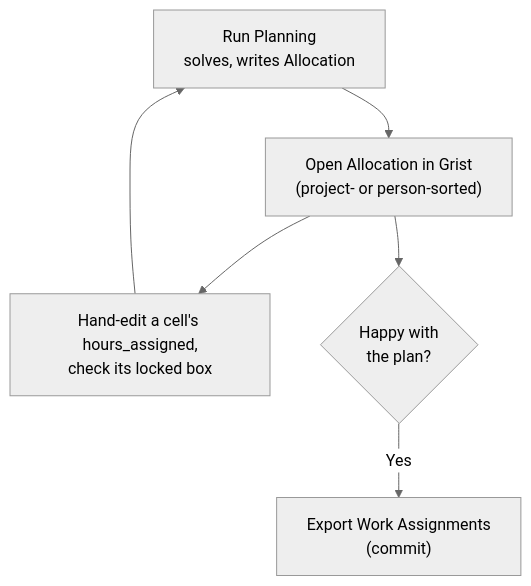
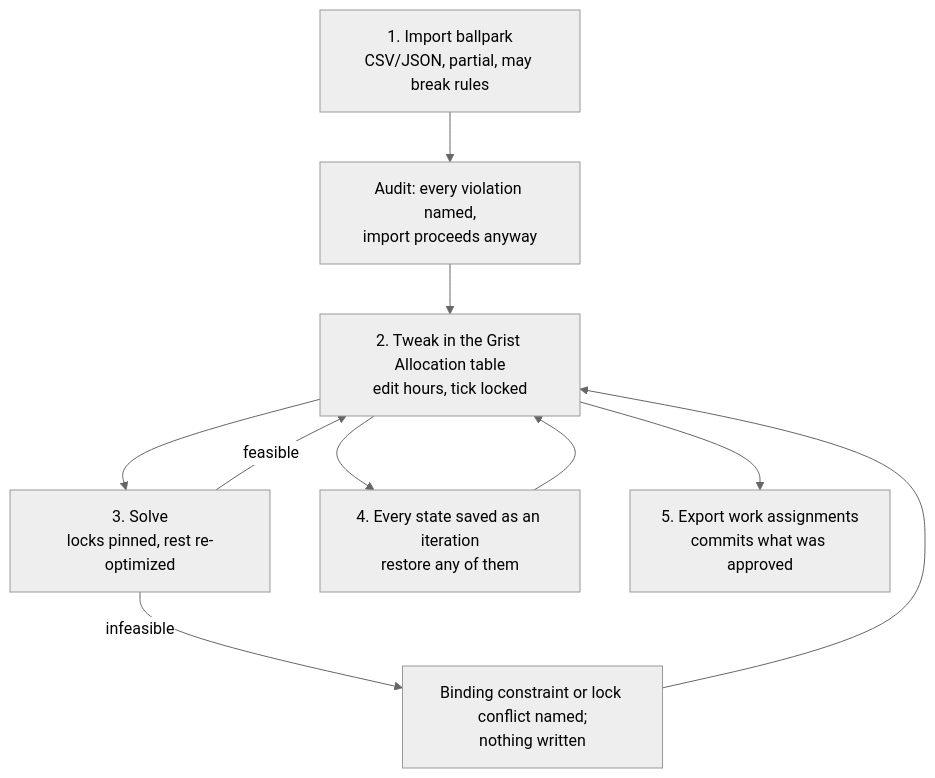
The second of 3 diagrams in docs/08-grist-ui-design.md (hatandspecs/general_assignment_solver), drawn with Mermaid (neutral theme) before and after one commit. The commit also changed other lines of this file and 26 other files, not shown here.

````diff
--- a/docs/08-grist-ui-design.md
+++ b/docs/08-grist-ui-design.md
@@ -84,8 +84,12 @@
 ```mermaid
 flowchart TD
-    RP["Run Planning<br/>solves, writes Allocation"] --> LOOK["Open Allocation in Grist<br/>(project- or person-sorted)"]
-    LOOK --> EDIT["Hand-edit a cell's hours_assigned,<br/>check its locked box"]
-    EDIT --> RP
-    LOOK --> HAPPY{"Happy with<br/>the plan?"}
-    HAPPY -->|"Yes"| EX["Export Work Assignments<br/>(commit)"]
+    IMP["1. Import ballpark<br/>CSV/JSON, partial, may break rules"] --> AUD["Audit: every violation named,<br/>import proceeds anyway"]
+    AUD --> TW["2. Tweak in the Grist Allocation table<br/>edit hours, tick locked"]
+    TW --> SV["3. Solve<br/>locks pinned, rest re-optimized"]
+    SV -->|feasible| TW
+    SV -->|infeasible| DIAG["Binding constraint or lock conflict named;<br/>nothing written"]
+    DIAG --> TW
+    TW --> HIST["4. Every state saved as an iteration<br/>restore any of them"]
+    HIST --> TW
+    TW --> EX["5. Export work assignments<br/>commits what was approved"]
 ```
````
